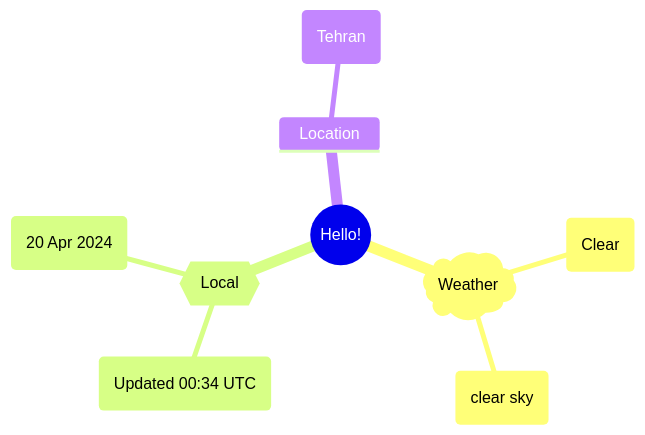
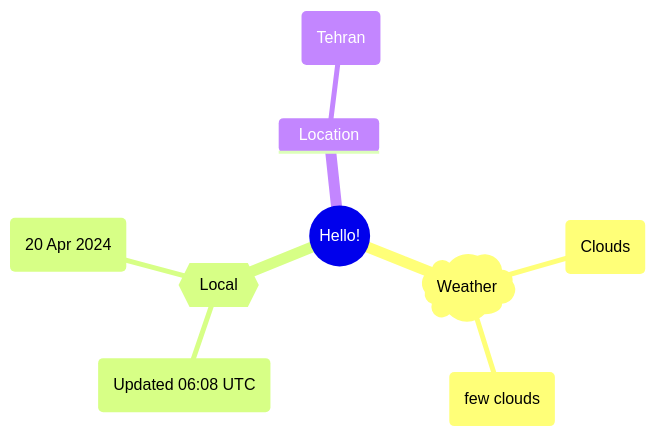
One commit to Xosrov/Xosrov changed the first of 2 diagrams in README.md. Above: the diagram before and after it, drawn with Mermaid.

Commit message:
[bot] updated images

````diff
--- a/README.md
+++ b/README.md
@@ -3,12 +3,12 @@
 ```mermaid
 mindmap
   root((Hello!))
     )Weather(
-        (Clear)
-        (clear sky)
+        (Clouds)
+        (few clouds)
     {{Local}}
-        (Updated 00:34 UTC)
+        (Updated 06:08 UTC)
         (20 Apr 2024)
     Location
         (Tehran)
 ```
````
